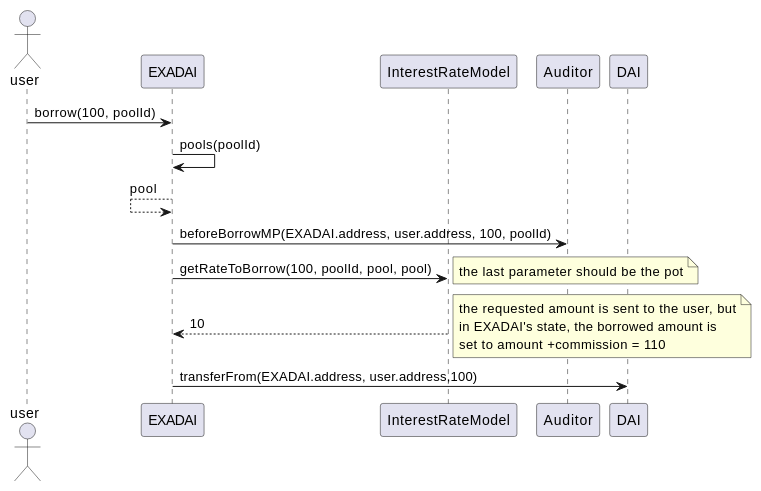
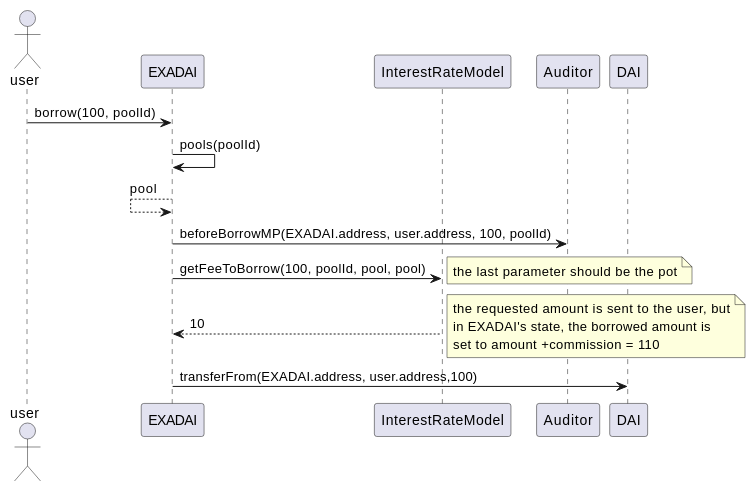
The first of 2 diagrams in docs/actions.rst (exactly/protocol), drawn with PlantUML before and after one commit. The commit also changed 6 other files, not shown here.

Commit message:
renamed getRateToBorrow -> getFeeToBorrow

```diff
--- a/docs/actions.rst
+++ b/docs/actions.rst
@@ -16,17 +16,17 @@
 .. uml::
 
     actor user
     participant EXADAI
     participant InterestRateModel
     participant Auditor
     participant DAI
 
     user -> EXADAI: borrow(100, poolId)
     EXADAI -> EXADAI: pools(poolId)
     EXADAI <-- EXADAI: pool
     EXADAI -> Auditor: beforeBorrowMP(EXADAI.address, user.address, 100, poolId)
-    EXADAI -> InterestRateModel: getRateToBorrow(100, poolId, pool, pool)
+    EXADAI -> InterestRateModel: getFeeToBorrow(100, poolId, pool, pool)
     note right: the last parameter should be the pot
     EXADAI <-- InterestRateModel: 10
     note right: the requested amount is sent to the user, but\nin EXADAI's state, the borrowed amount is\nset to amount +commission = 110
     EXADAI -> DAI: transferFrom(EXADAI.address, user.address,100)
```
